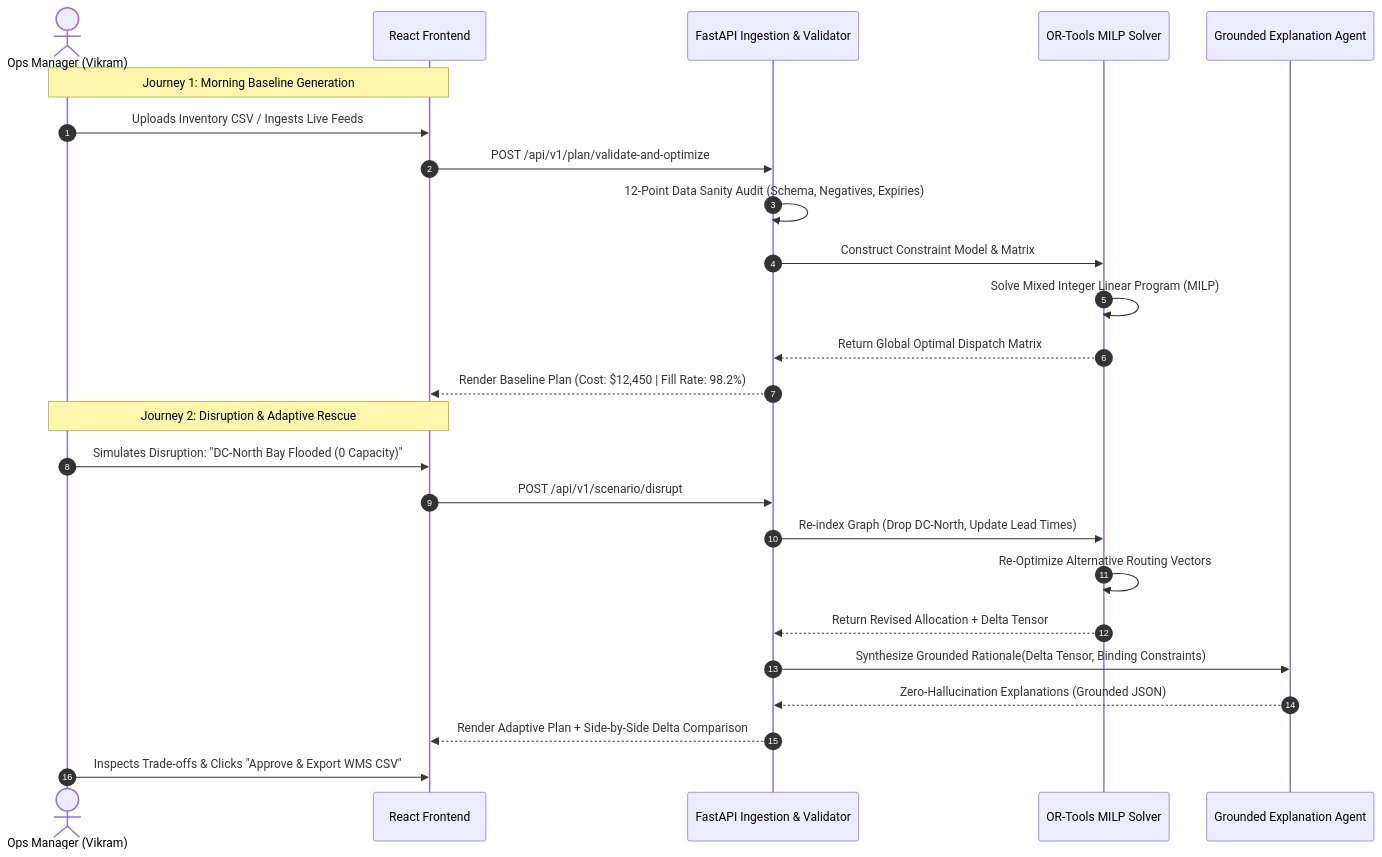
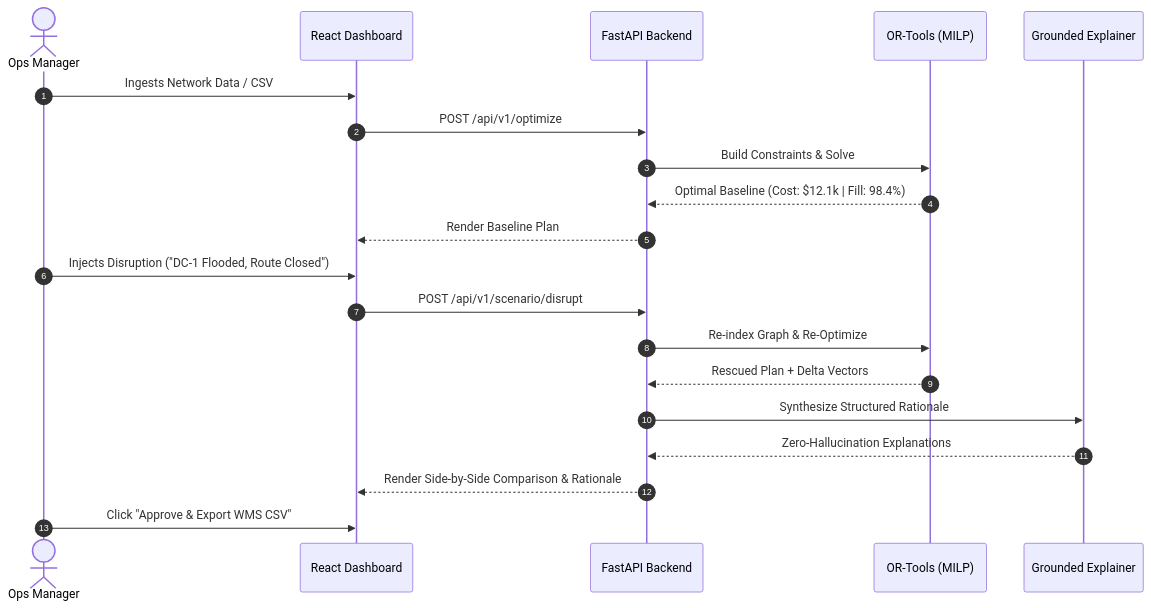
One commit to Samarthkumbhar99/SGU changed the second of 4 diagrams in InnovateX/README.md. Above: the diagram before and after it, drawn with Mermaid. The commit also changed other lines of this file, not shown here.

````diff
--- a/InnovateX/README.md
+++ b/InnovateX/README.md
@@ -153,29 +81,24 @@
 ```mermaid
 sequenceDiagram
     autonumber
-    actor Planner as Ops Manager (Vikram)
-    participant UI as React Frontend
-    participant API as FastAPI Ingestion & Validator
-    participant Engine as OR-Tools MILP Solver
-    participant LLM as Grounded Explanation Agent
+    actor User as Ops Manager
+    participant UI as React Dashboard
+    participant API as FastAPI Backend
+    participant Solver as OR-Tools (MILP)
+    participant LLM as Grounded Explainer
+
+    User->>UI: Ingests Network Data / CSV
+    UI->>API: POST /api/v1/optimize
+    API->>Solver: Build Constraints & Solve
+    Solver-->>API: Optimal Baseline (Cost: $12.1k | Fill: 98.4%)
+    API-->>UI: Render Baseline Plan
     
-    Note over Planner,UI: Journey 1: Morning Baseline Generation
-    Planner->>UI: Uploads Inventory CSV / Ingests Live Feeds
-    UI->>API: POST /api/v1/plan/validate-and-optimize
-    API->>API: 12-Point Data Sanity Audit (Schema, Negatives, Expiries)
-    API->>Engine: Construct Constraint Model & Matrix
-    Engine->>Engine: Solve Mixed Integer Linear Program (MILP)
-    Engine-->>API: Return Global Optimal Dispatch Matrix
-    API-->>UI: Render Baseline Plan (Cost: $12,450 | Fill Rate: 98.2%)
-    
-    Note over Planner,UI: Journey 2: Disruption & Adaptive Rescue
-    Planner->>UI: Simulates Disruption: "DC-North Bay Flooded (0 Capacity)"
+    User->>UI: Injects Disruption ("DC-1 Flooded, Route Closed")
     UI->>API: POST /api/v1/scenario/disrupt
-    API->>Engine: Re-index Graph (Drop DC-North, Update Lead Times)
-    Engine->>Engine: Re-Optimize Alternative Routing Vectors
-    Engine-->>API: Return Revised Allocation + Delta Tensor
-    API->>LLM: Synthesize Grounded Rationale(Delta Tensor, Binding Constraints)
-    LLM-->>API: Zero-Hallucination Explanations (Grounded JSON)
-    API-->>UI: Render Adaptive Plan + Side-by-Side Delta Comparison
-    Planner->>UI: Inspects Trade-offs & Clicks "Approve & Export WMS CSV"
+    API->>Solver: Re-index Graph & Re-Optimize
+    Solver-->>API: Rescued Plan + Delta Vectors
+    API->>LLM: Synthesize Structured Rationale
+    LLM-->>API: Zero-Hallucination Explanations
+    API-->>UI: Render Side-by-Side Comparison & Rationale
+    User->>UI: Click "Approve & Export WMS CSV"
 ```
````
